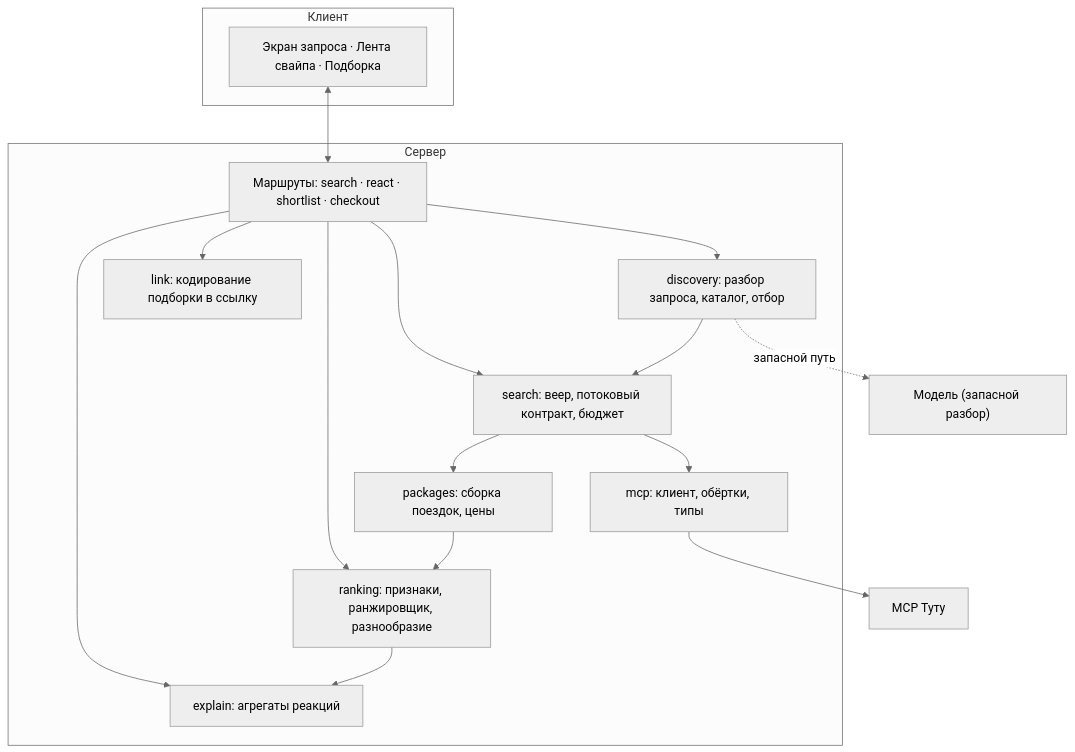
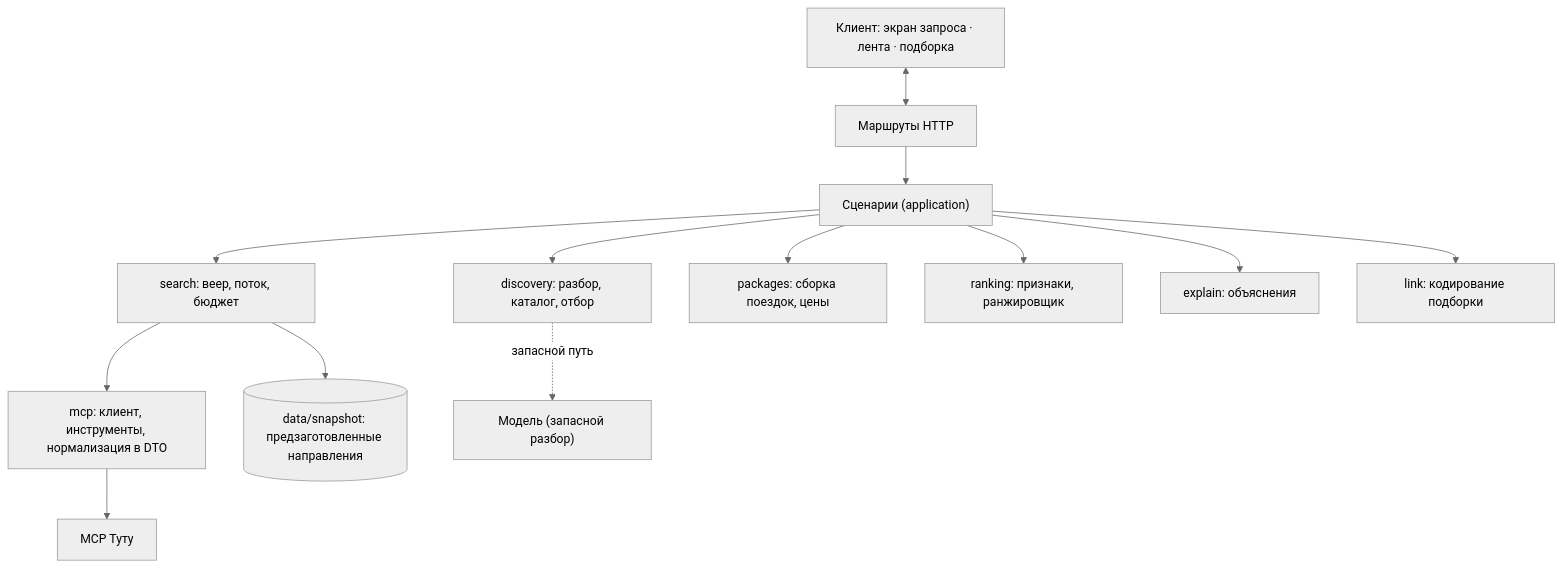
One commit to bestmark1/tutu-swipe changed the first of 2 diagrams in SPEC_PLAN/ARCHITECTURE.md. Above: the diagram before and after it, drawn with Mermaid (neutral theme). The commit also changed other lines of this file and 2 other files, not shown here.

````diff
--- a/SPEC_PLAN/ARCHITECTURE.md
+++ b/SPEC_PLAN/ARCHITECTURE.md
@@ -12,32 +12,29 @@
 ```mermaid
 flowchart TB
-    subgraph Клиент
-        UI["Экран запроса · Лента свайпа · Подборка"]
-    end
-    subgraph Сервер
-        R["Маршруты: search · react · shortlist · checkout"]
-        D["discovery: разбор запроса, каталог, отбор"]
-        S["search: веер, потоковый контракт, бюджет"]
-        P["packages: сборка поездок, цены"]
-        K["ranking: признаки, ранжировщик, разнообразие"]
-        E["explain: агрегаты реакций"]
-        M["mcp: клиент, обёртки, типы"]
-        L["link: кодирование подборки в ссылку"]
-    end
+    UI["Клиент: экран запроса · лента · подборка"]
+    R["Маршруты HTTP"]
+    UC["Сценарии (application)"]
+    D["discovery: разбор, каталог, отбор"]
+    S["search: веер, поток, бюджет"]
+    P["packages: сборка поездок, цены"]
+    K["ranking: признаки, ранжировщик"]
+    E["explain: объяснения"]
+    L["link: кодирование подборки"]
+    M["mcp: клиент, инструменты, нормализация в DTO"]
+    SN[("data/snapshot: предзаготовленные направления")]
     MCP["MCP Туту"]
     LLM["Модель (запасной разбор)"]
 
     UI <--> R
-    R --> D
-    R --> S
-    R --> K
-    R --> E
-    R --> L
-    D --> S
+    R --> UC
+    UC --> D
+    UC --> S
+    UC --> P
+    UC --> K
+    UC --> E
+    UC --> L
     D -.запасной путь.-> LLM
     S --> M
-    S --> P
-    P --> K
-    K --> E
+    S --> SN
     M --> MCP
 ```
````
